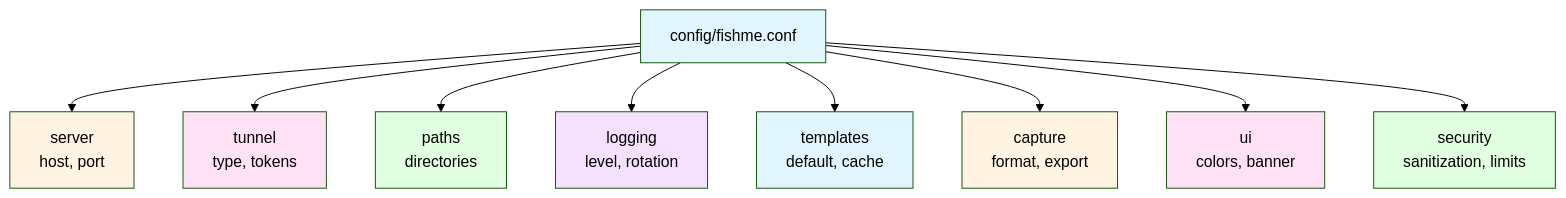
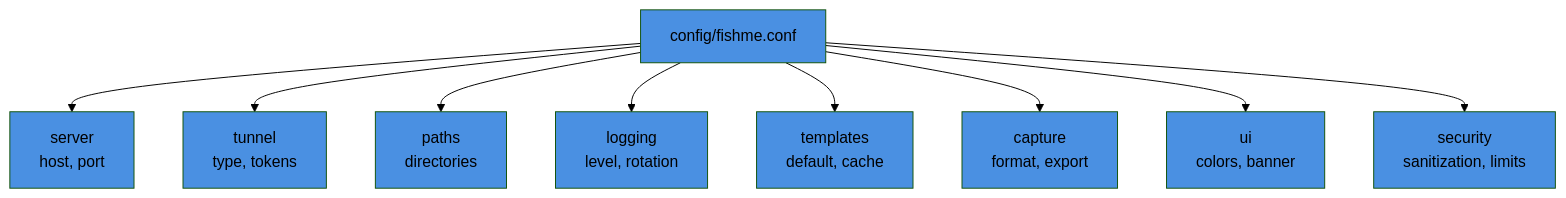
The eighth of 9 diagrams in README.md (syed-sameer-ul-hassan/FishME), drawn with Mermaid (forest theme) before and after one commit. The commit also changed other lines of this file, not shown here.

````diff
--- a/README.md
+++ b/README.md
@@ -328,21 +328,21 @@
 ```mermaid
 graph TD
     A[config/fishme.conf] --> B[server<br/>host, port]
     A --> C[tunnel<br/>type, tokens]
     A --> D[paths<br/>directories]
     A --> E[logging<br/>level, rotation]
     A --> F[templates<br/>default, cache]
     A --> G[capture<br/>format, export]
     A --> H[ui<br/>colors, banner]
     A --> I[security<br/>sanitization, limits]
     
-    style A fill:#e1f5ff
-    style B fill:#fff4e1
-    style C fill:#ffe1f5
-    style D fill:#e1ffe1
-    style E fill:#f5e1ff
-    style F fill:#e1f5ff
-    style G fill:#fff4e1
-    style H fill:#ffe1f5
-    style I fill:#e1ffe1
+    style A fill:#4a90e2
+    style B fill:#4a90e2
+    style C fill:#4a90e2
+    style D fill:#4a90e2
+    style E fill:#4a90e2
+    style F fill:#4a90e2
+    style G fill:#4a90e2
+    style H fill:#4a90e2
+    style I fill:#4a90e2
 ```
````
